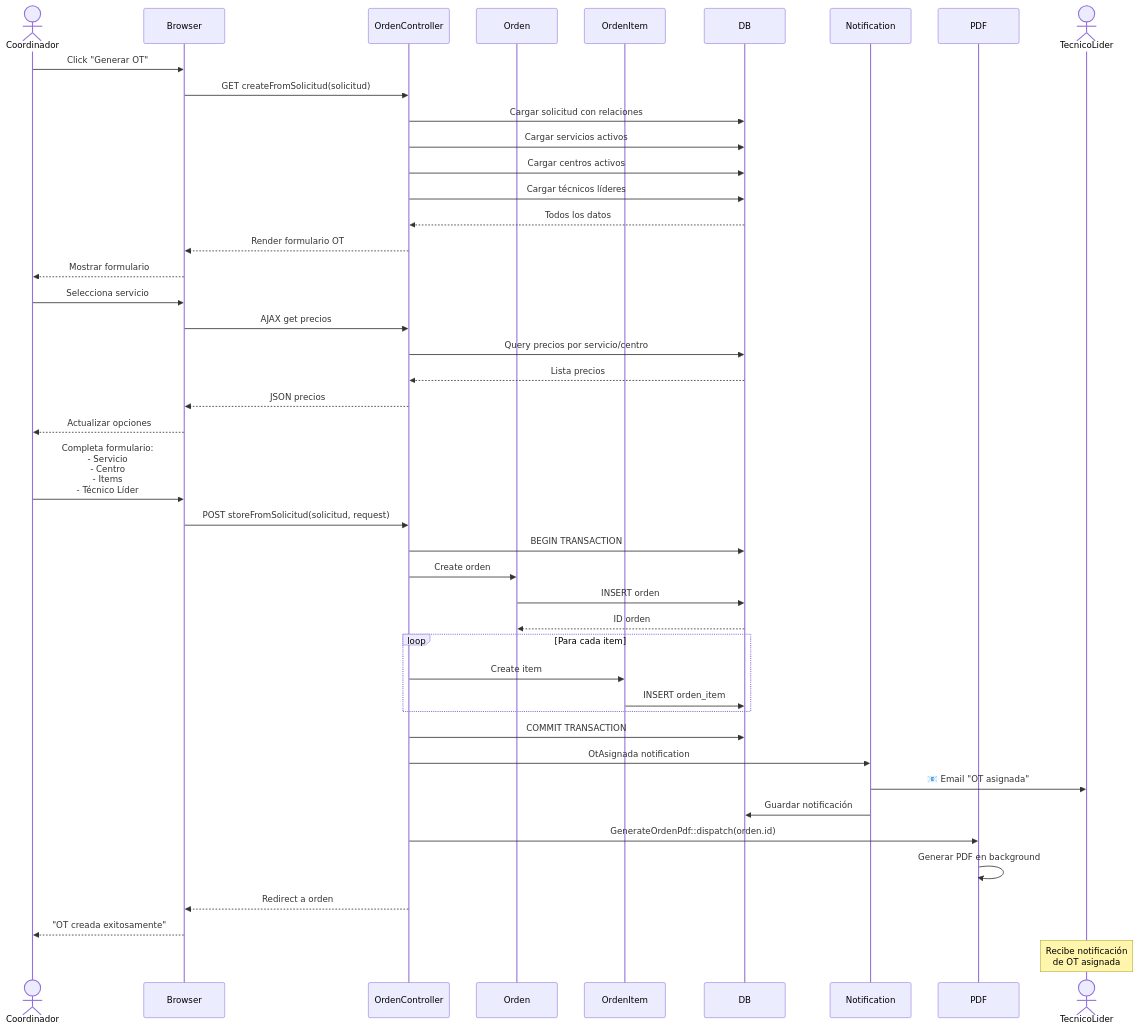
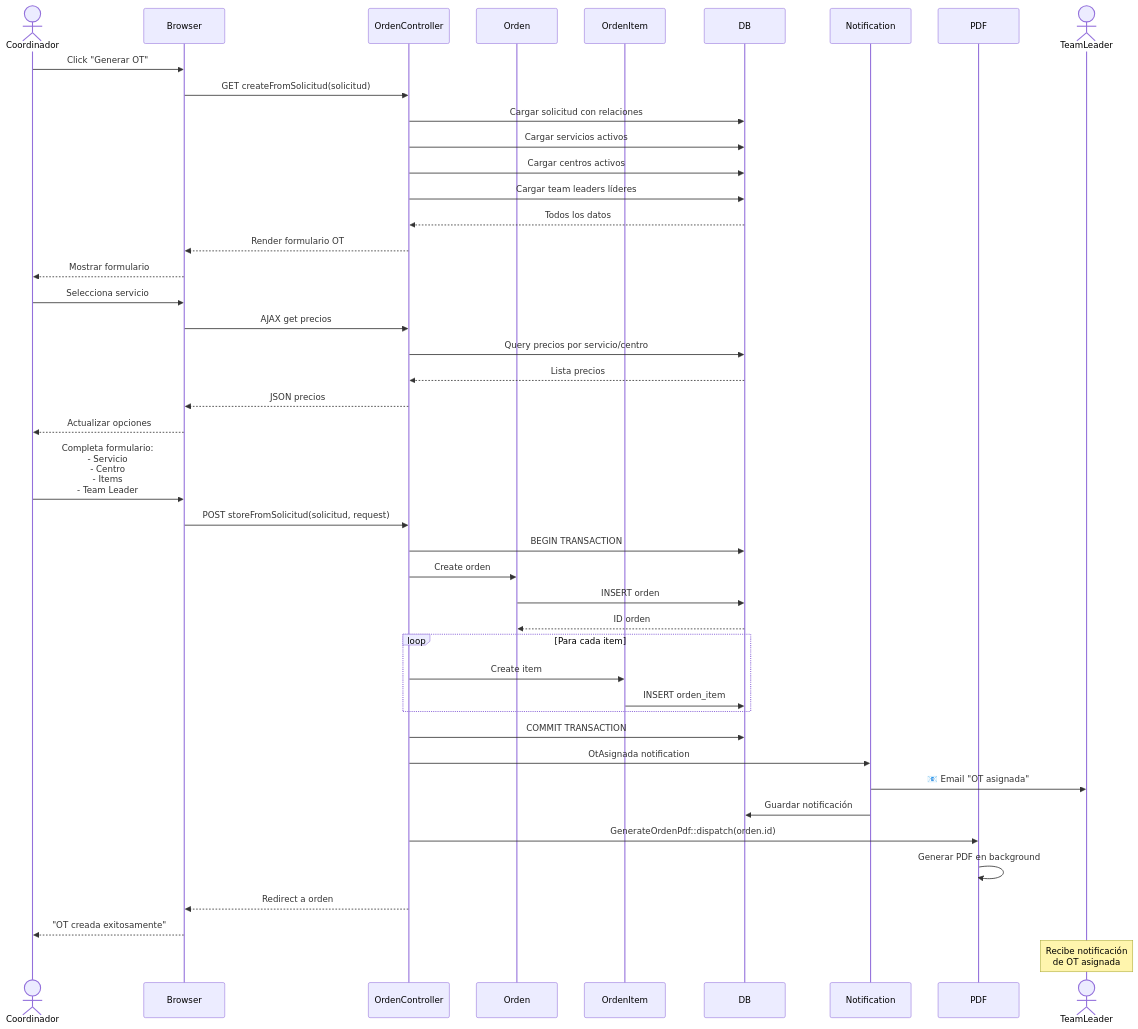
One commit to ABFORTI/UPPER_CONTROL changed the second of 12 diagrams in DIAGRAMAS_SECUENCIA.md. Above: the diagram before and after it, drawn with Mermaid. The commit also changed other lines of this file and 6 other files, not shown here.

Commit message:
docs: actualizar terminología a Team Leader y simplificar flujo de facturación

````diff
--- a/DIAGRAMAS_SECUENCIA.md
+++ b/DIAGRAMAS_SECUENCIA.md
@@ -70,59 +70,59 @@
 ```mermaid
 sequenceDiagram
     actor Coordinador
     participant Browser
     participant OrdenController
     participant Orden
     participant OrdenItem
     participant DB
     participant Notification
     participant PDF
-    actor TecnicoLider
+    actor TeamLeader
 
     Coordinador->>Browser: Click "Generar OT"
     Browser->>OrdenController: GET createFromSolicitud(solicitud)
     
     OrdenController->>DB: Cargar solicitud con relaciones
     OrdenController->>DB: Cargar servicios activos
     OrdenController->>DB: Cargar centros activos
-    OrdenController->>DB: Cargar técnicos líderes
+    OrdenController->>DB: Cargar team leaders líderes
     DB-->>OrdenController: Todos los datos
     
     OrdenController-->>Browser: Render formulario OT
     Browser-->>Coordinador: Mostrar formulario
     
     Coordinador->>Browser: Selecciona servicio
     Browser->>OrdenController: AJAX get precios
     OrdenController->>DB: Query precios por servicio/centro
     DB-->>OrdenController: Lista precios
     OrdenController-->>Browser: JSON precios
     Browser-->>Coordinador: Actualizar opciones
     
-    Coordinador->>Browser: Completa formulario:<br/>- Servicio<br/>- Centro<br/>- Items<br/>- Técnico Líder
+    Coordinador->>Browser: Completa formulario:<br/>- Servicio<br/>- Centro<br/>- Items<br/>- Team Leader
     Browser->>OrdenController: POST storeFromSolicitud(solicitud, request)
     
     OrdenController->>DB: BEGIN TRANSACTION
     
     OrdenController->>Orden: Create orden
     Orden->>DB: INSERT orden
     DB-->>Orden: ID orden
     
     loop Para cada item
         OrdenController->>OrdenItem: Create item
         OrdenItem->>DB: INSERT orden_item
     end
     
     OrdenController->>DB: COMMIT TRANSACTION
     
     OrdenController->>Notification: OtAsignada notification
-    Notification->>TecnicoLider: 📧 Email "OT asignada"
+    Notification->>TeamLeader: 📧 Email "OT asignada"
     Notification->>DB: Guardar notificación
     
     OrdenController->>PDF: GenerateOrdenPdf::dispatch(orden.id)
     PDF->>PDF: Generar PDF en background
     
     OrdenController-->>Browser: Redirect a orden
     Browser-->>Coordinador: "OT creada exitosamente"
     
-    Note over TecnicoLider: Recibe notificación<br/>de OT asignada
+    Note over TeamLeader: Recibe notificación<br/>de OT asignada
 ```
````
